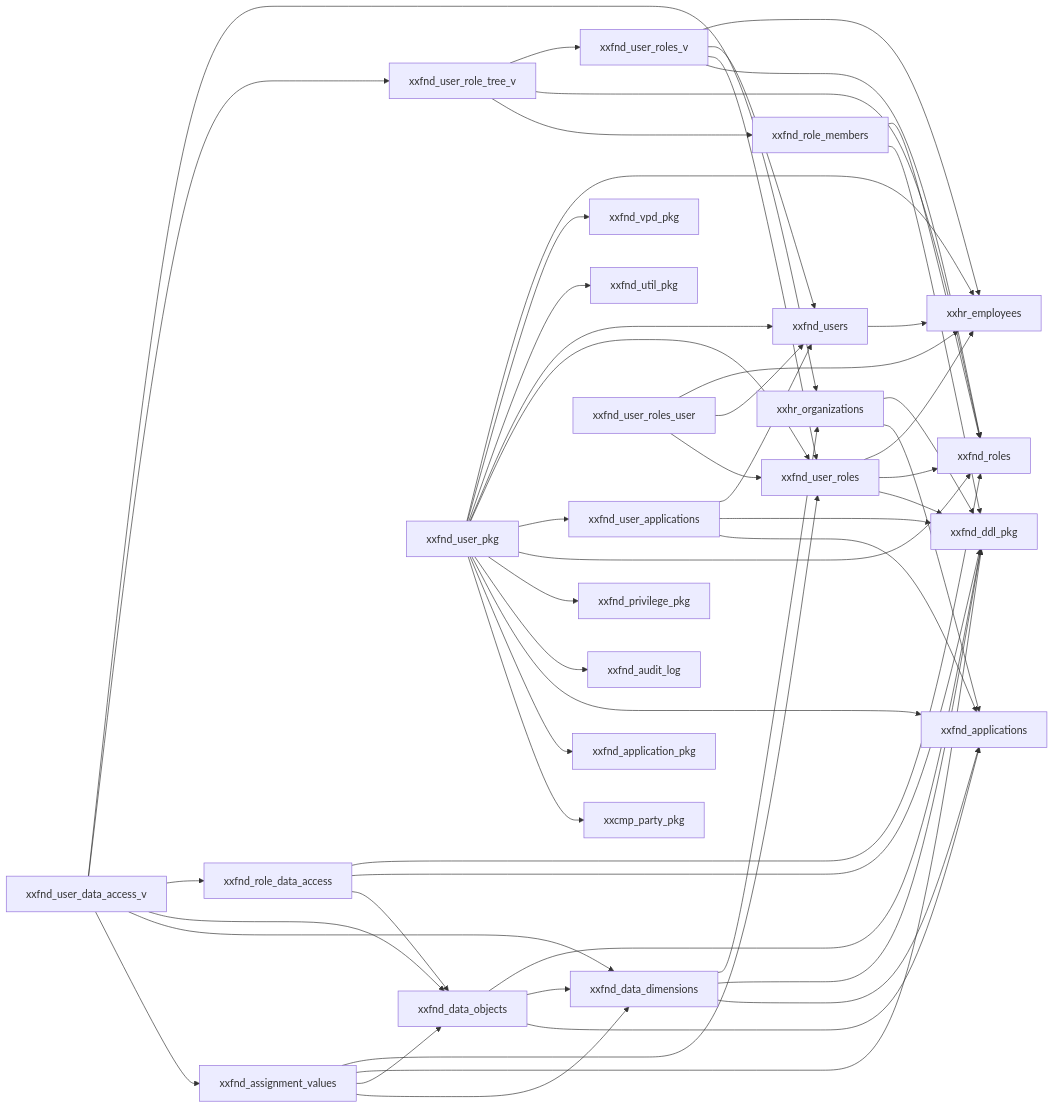
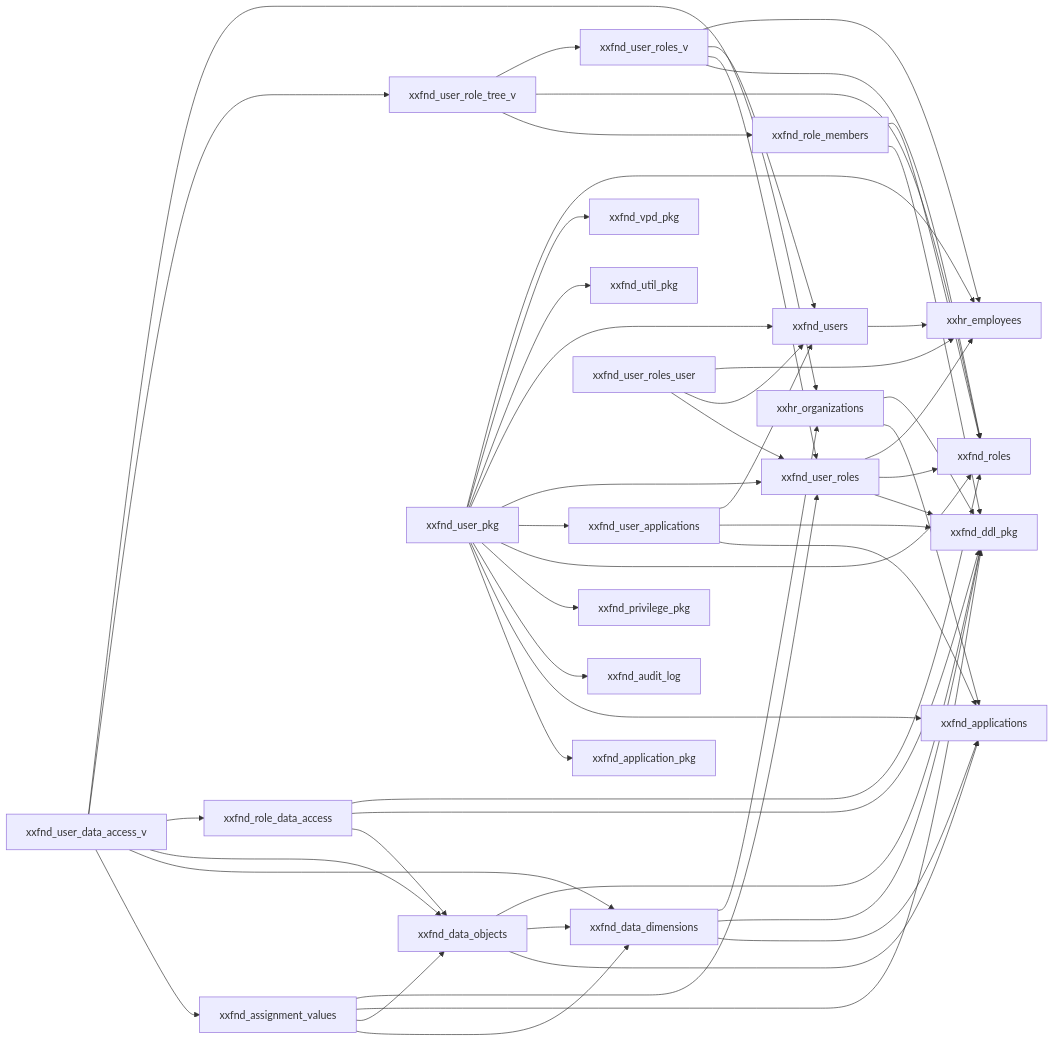
The diagram in repos/common/db/deploy/diagrams/users-access.md (mazharr-hussain/KycReport), drawn with Mermaid before and after one commit. The commit also changed 524 other files, not shown here.

````diff
--- a/repos/common/db/deploy/diagrams/users-access.md
+++ b/repos/common/db/deploy/diagrams/users-access.md
@@ -3,55 +3,54 @@
 ```mermaid
 graph LR
     xxfnd_assignment_values --> xxfnd_data_dimensions
     xxfnd_assignment_values --> xxfnd_data_objects
     xxfnd_assignment_values --> xxfnd_ddl_pkg
     xxfnd_assignment_values --> xxfnd_user_roles
     xxfnd_data_dimensions --> xxfnd_applications
     xxfnd_data_dimensions --> xxfnd_ddl_pkg
     xxfnd_data_dimensions --> xxhr_organizations
     xxfnd_data_objects --> xxfnd_applications
     xxfnd_data_objects --> xxfnd_data_dimensions
     xxfnd_data_objects --> xxfnd_ddl_pkg
     xxfnd_role_data_access --> xxfnd_data_objects
     xxfnd_role_data_access --> xxfnd_ddl_pkg
     xxfnd_role_data_access --> xxfnd_roles
     xxfnd_role_members --> xxfnd_ddl_pkg
     xxfnd_role_members --> xxfnd_roles
     xxfnd_user_applications --> xxfnd_applications
     xxfnd_user_applications --> xxfnd_ddl_pkg
     xxfnd_user_applications --> xxfnd_users
     xxfnd_user_data_access_v --> xxfnd_assignment_values
     xxfnd_user_data_access_v --> xxfnd_data_dimensions
     xxfnd_user_data_access_v --> xxfnd_data_objects
     xxfnd_user_data_access_v --> xxfnd_role_data_access
     xxfnd_user_data_access_v --> xxfnd_user_role_tree_v
     xxfnd_user_data_access_v --> xxhr_organizations
-    xxfnd_user_pkg --> xxcmp_party_pkg
     xxfnd_user_pkg --> xxfnd_application_pkg
     xxfnd_user_pkg --> xxfnd_applications
     xxfnd_user_pkg --> xxfnd_audit_log
     xxfnd_user_pkg --> xxfnd_privilege_pkg
     xxfnd_user_pkg --> xxfnd_roles
     xxfnd_user_pkg --> xxfnd_user_applications
     xxfnd_user_pkg --> xxfnd_user_roles
     xxfnd_user_pkg --> xxfnd_users
     xxfnd_user_pkg --> xxfnd_util_pkg
     xxfnd_user_pkg --> xxfnd_vpd_pkg
     xxfnd_user_pkg --> xxhr_employees
     xxfnd_user_role_tree_v --> xxfnd_role_members
     xxfnd_user_role_tree_v --> xxfnd_roles
     xxfnd_user_role_tree_v --> xxfnd_user_roles_v
     xxfnd_user_roles --> xxfnd_ddl_pkg
     xxfnd_user_roles --> xxfnd_roles
     xxfnd_user_roles --> xxhr_employees
     xxfnd_user_roles_user --> xxfnd_user_roles
     xxfnd_user_roles_user --> xxfnd_users
     xxfnd_user_roles_user --> xxhr_employees
     xxfnd_user_roles_v --> xxfnd_roles
     xxfnd_user_roles_v --> xxfnd_user_roles
     xxfnd_user_roles_v --> xxfnd_users
     xxfnd_user_roles_v --> xxhr_employees
     xxfnd_users --> xxhr_employees
     xxhr_organizations --> xxfnd_applications
     xxhr_organizations --> xxfnd_ddl_pkg
 ```
````
